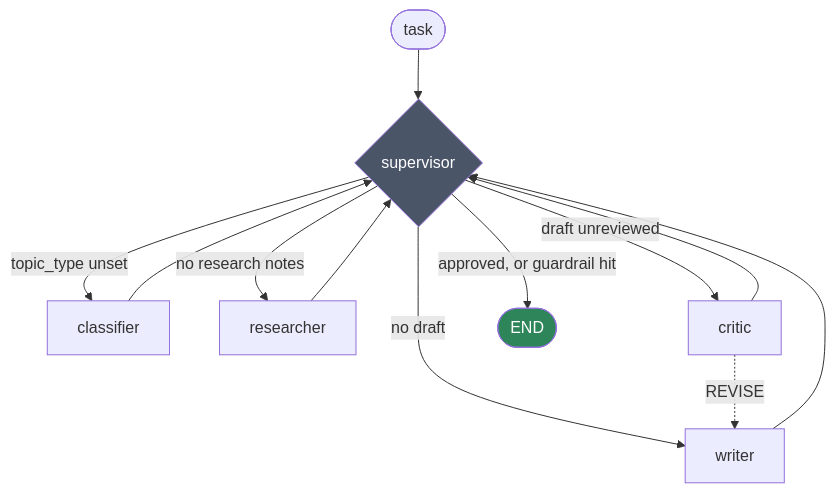
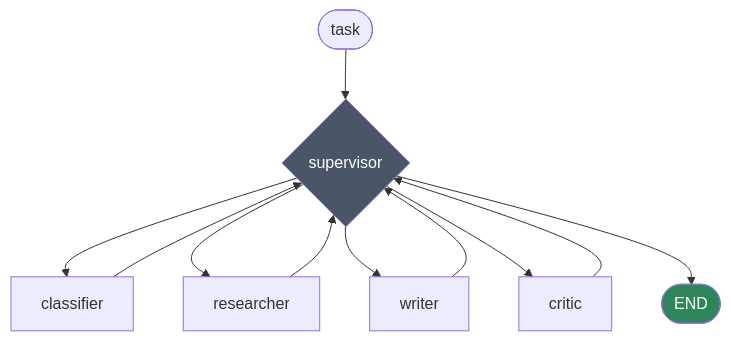
Before and after one commit to future-beat/research-agent: the diagram in README.md, drawn with Mermaid. The commit also changed other lines of this file, not shown here.

First line of the commit message:
Fix README: diagram label collision, effort values, retrieval wording

````diff
--- a/README.md
+++ b/README.md
@@ -41,17 +41,16 @@
 ```mermaid
 flowchart TD
     START([task]) --> S{supervisor}
-    S -->|topic_type unset| C[classifier]
-    S -->|no research notes| R[researcher]
-    S -->|no draft| W[writer]
-    S -->|draft unreviewed| K[critic]
-    S -->|approved, or guardrail hit| E([END])
+    S --> C[classifier]
+    S --> R[researcher]
+    S --> W[writer]
+    S --> K[critic]
+    S --> E([END])
     C --> S
     R --> S
     W --> S
     K --> S
-    K -.->|REVISE| W
 
     style S fill:#4a5568,color:#fff
     style E fill:#2f855a,color:#fff
 ```
````
